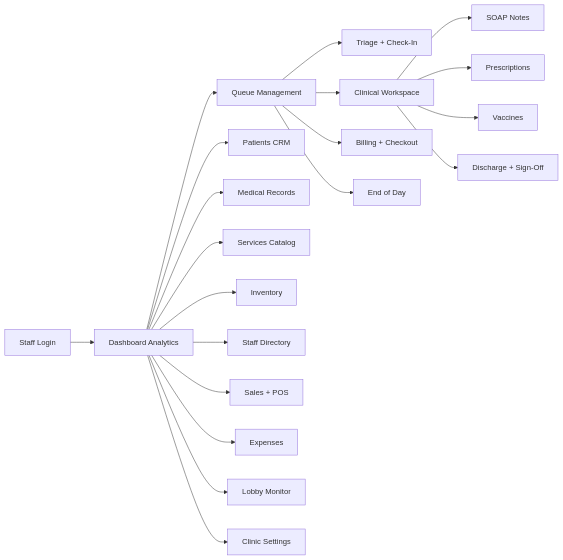
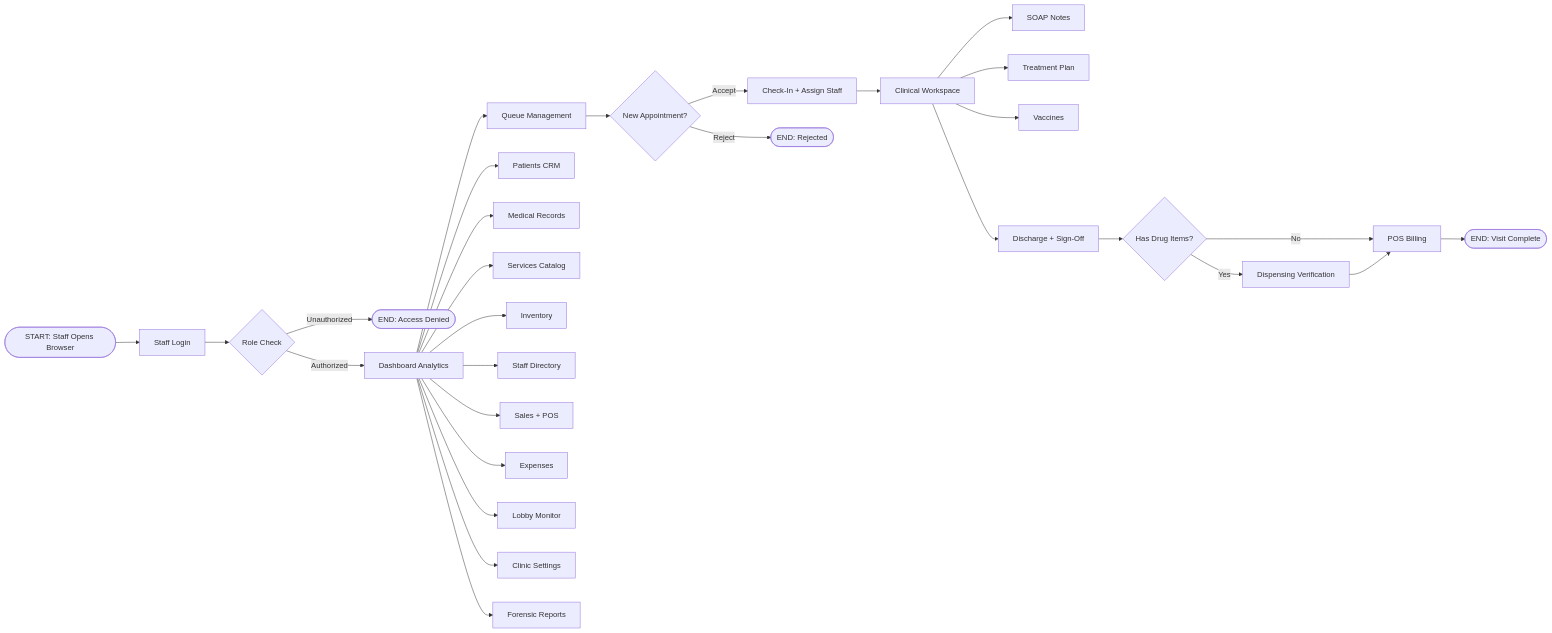
Before and after one commit to jepdd15/VetConnect-Ecosystem: the third of 4 diagrams in VETCONNECT_DIAGRAMS_PRINT.md, drawn with Mermaid. The commit also changed other lines of this file and 4 other files, not shown here.

Commit message:
docs: update handoff, diagrams with standard flowchart shapes, add 7 system flowcharts, fix state diagram syntax

````diff
--- a/VETCONNECT_DIAGRAMS_PRINT.md
+++ b/VETCONNECT_DIAGRAMS_PRINT.md
@@ -134,25 +143,35 @@
 ```mermaid
 flowchart LR
-    LOGIN[Staff Login] --> DASH[Dashboard Analytics]
+    START([START: Staff Opens Browser]) --> LOGIN[Staff Login]
+    LOGIN --> ROLE{Role Check}
+    ROLE -->|Unauthorized| BLOCKED([END: Access Denied])
+    ROLE -->|Authorized| DASH[Dashboard Analytics]
 
     DASH --> QUEUE[Queue Management]
     DASH --> PATIENTS[Patients CRM]
     DASH --> RECORDS[Medical Records]
     DASH --> SERVICES[Services Catalog]
     DASH --> INVENTORY[Inventory]
     DASH --> STAFF[Staff Directory]
     DASH --> SALES[Sales + POS]
     DASH --> EXPENSES[Expenses]
     DASH --> MONITOR[Lobby Monitor]
     DASH --> SETTINGS[Clinic Settings]
+    DASH --> REPORTS[Forensic Reports]
 
-    QUEUE --> TRIAGE[Triage + Check-In]
-    QUEUE --> CLINICAL[Clinical Workspace]
-    QUEUE --> POS[Billing + Checkout]
-    QUEUE --> EOD[End of Day]
+    QUEUE --> TRIAGE{New Appointment?}
+    TRIAGE -->|Accept| CHECK_IN[Check-In + Assign Staff]
+    TRIAGE -->|Reject| REJECT([END: Rejected])
+    CHECK_IN --> CLINICAL[Clinical Workspace]
 
     CLINICAL --> SOAP[SOAP Notes]
-    CLINICAL --> RX[Prescriptions]
+    CLINICAL --> RX[Treatment Plan]
     CLINICAL --> VAX[Vaccines]
-    CLINICAL --> DISCHARGE[Discharge + Sign-Off]
+    CLINICAL --> SIGNOFF[Discharge + Sign-Off]
+
+    SIGNOFF --> HAS_DRUGS{Has Drug Items?}
+    HAS_DRUGS -->|Yes| DISPENSE[Dispensing Verification]
+    HAS_DRUGS -->|No| POS[POS Billing]
+    DISPENSE --> POS
+    POS --> COMPLETE([END: Visit Complete])
 ```
````
